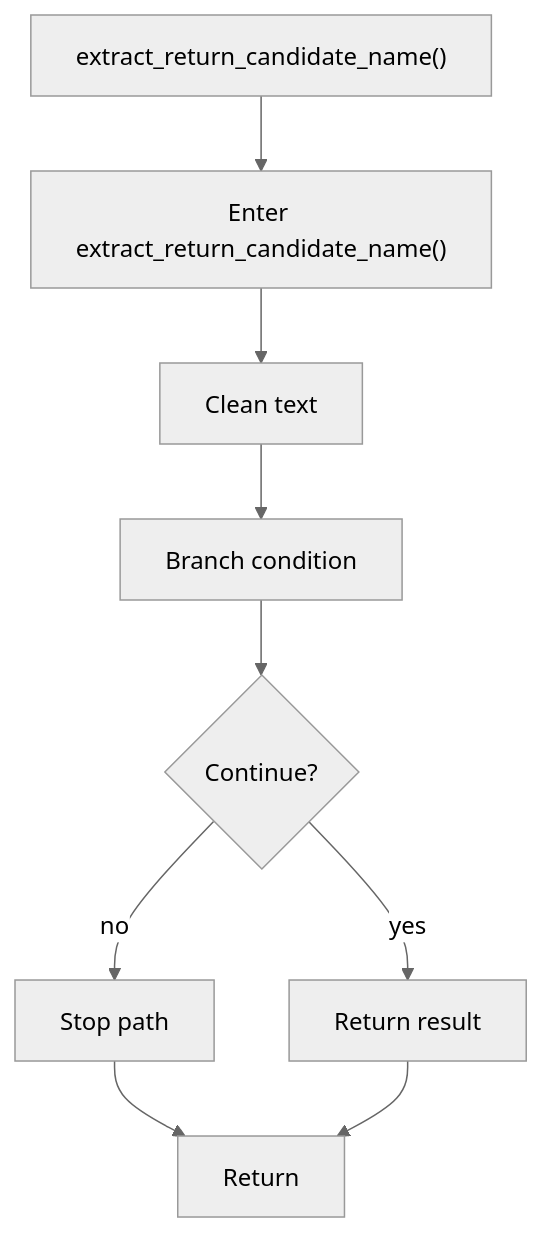
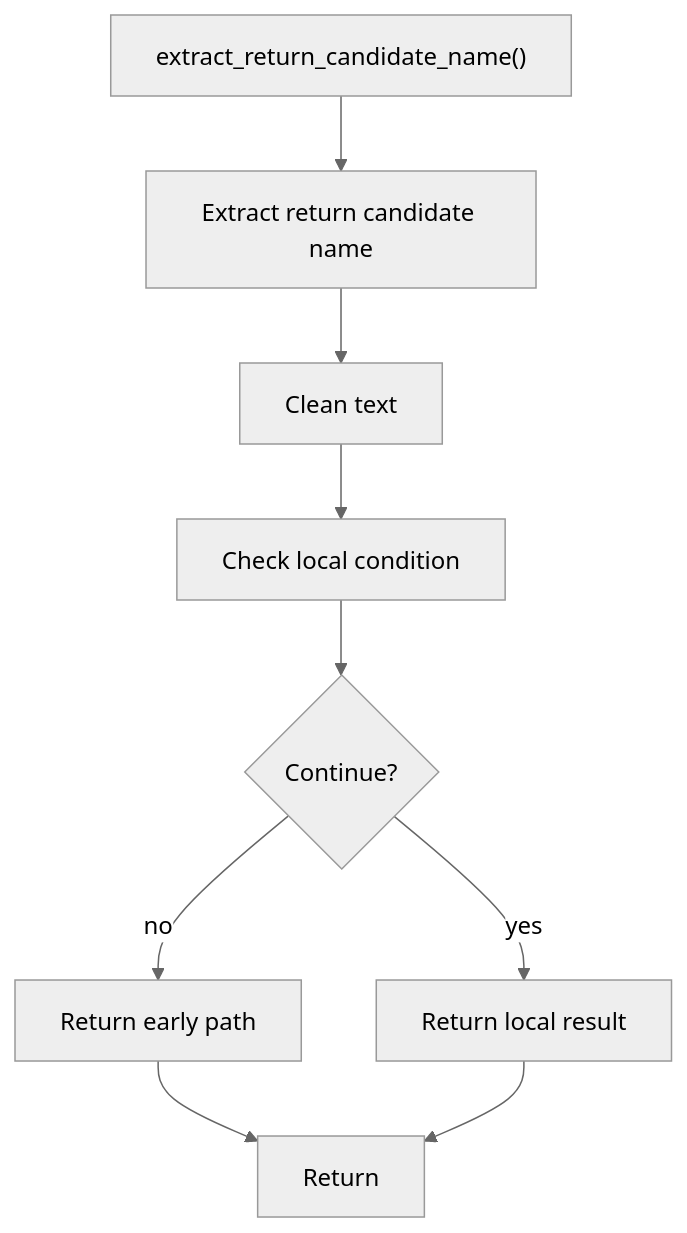
The diagram in docs/Codebase/Microservice/Modules/Source/Analysis/ImplementationUse/Resolution/Symbols/Resolve/Flow/functions/extract_return_candidate_name.cpp.md (JohnAndrewBalbarosa/NeoTerritory), drawn with Mermaid (neutral theme) before and after one commit. The commit also changed other lines of this file and 915 other files, not shown here.

````diff
--- a/docs/Codebase/Microservice/Modules/Source/Analysis/ImplementationUse/Resolution/Symbols/Resolve/Flow/functions/extract_return_candidate_name.cpp.md
+++ b/docs/Codebase/Microservice/Modules/Source/Analysis/ImplementationUse/Resolution/Symbols/Resolve/Flow/functions/extract_return_candidate_name.cpp.md
@@ -18,19 +18,19 @@
 ```mermaid
 flowchart TD
     Start["extract_return_candidate_name()"]
-    N0["Enter extract_return_candidate_name()"]
+    N0["Extract return candidate name"]
     N1["Clean text"]
-    N2["Branch condition"]
+    N2["Check local condition"]
     D2{"Continue?"}
-    R2["Stop path"]
-    N3["Return result"]
+    R2["Return early path"]
+    N3["Return local result"]
     End["Return"]
     Start --> N0
     N0 --> N1
     N1 --> N2
     N2 --> D2
     D2 -->|yes| N3
     D2 -->|no| R2
     R2 --> End
     N3 --> End
 ```
````
